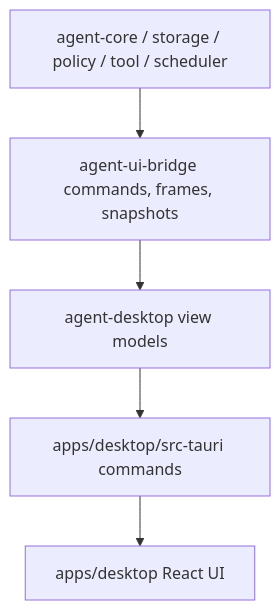
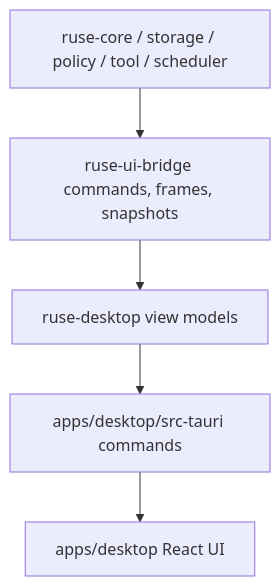
Before and after one commit to poneding/agent: the diagram in docs/specs/M60-desktop-daily-driver.spec.md, drawn with Mermaid. The commit also changed other lines of this file and 2091 other files, not shown here.

First line of the commit message:
refactor: rename agent branding to ruse

````diff
--- a/docs/specs/M60-desktop-daily-driver.spec.md
+++ b/docs/specs/M60-desktop-daily-driver.spec.md
@@ -39,7 +39,7 @@
 ```mermaid
 flowchart TD
-  Runtime["agent-core / storage / policy / tool / scheduler"] --> Bridge["agent-ui-bridge commands, frames, snapshots"]
-  Bridge --> DesktopContracts["agent-desktop view models"]
+  Runtime["ruse-core / storage / policy / tool / scheduler"] --> Bridge["ruse-ui-bridge commands, frames, snapshots"]
+  Bridge --> DesktopContracts["ruse-desktop view models"]
   DesktopContracts --> Tauri["apps/desktop/src-tauri commands"]
   Tauri --> React["apps/desktop React UI"]
 ```
````
